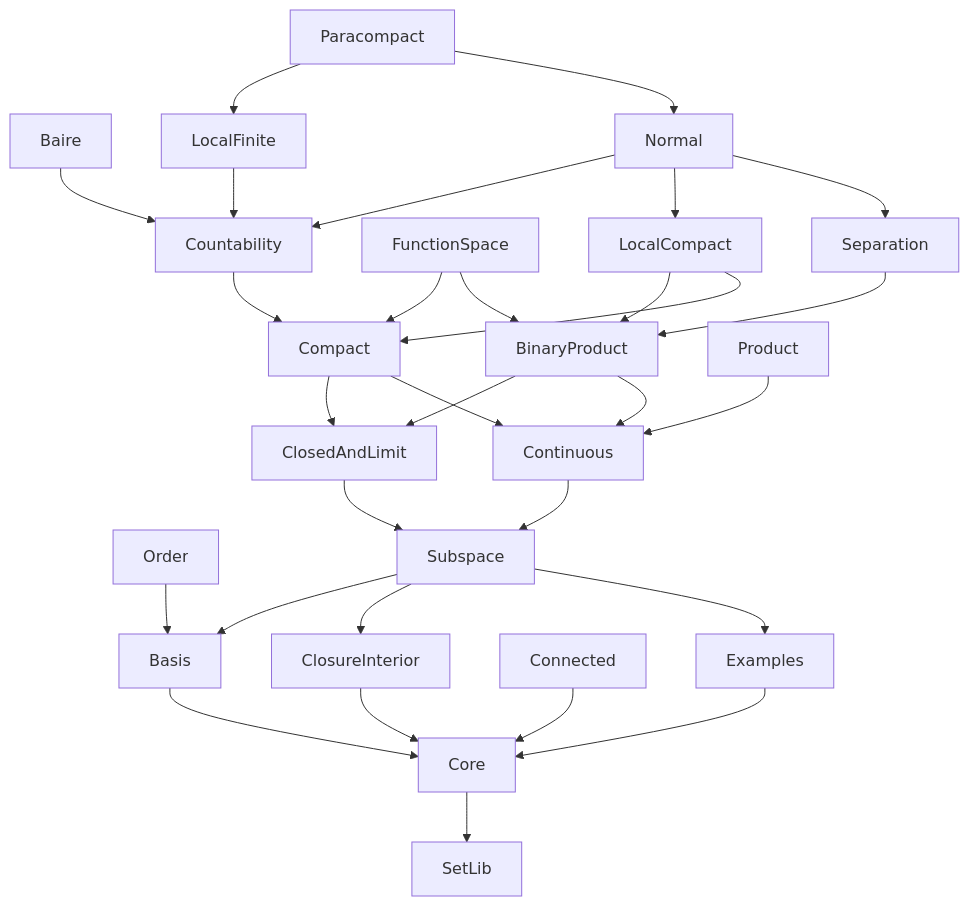
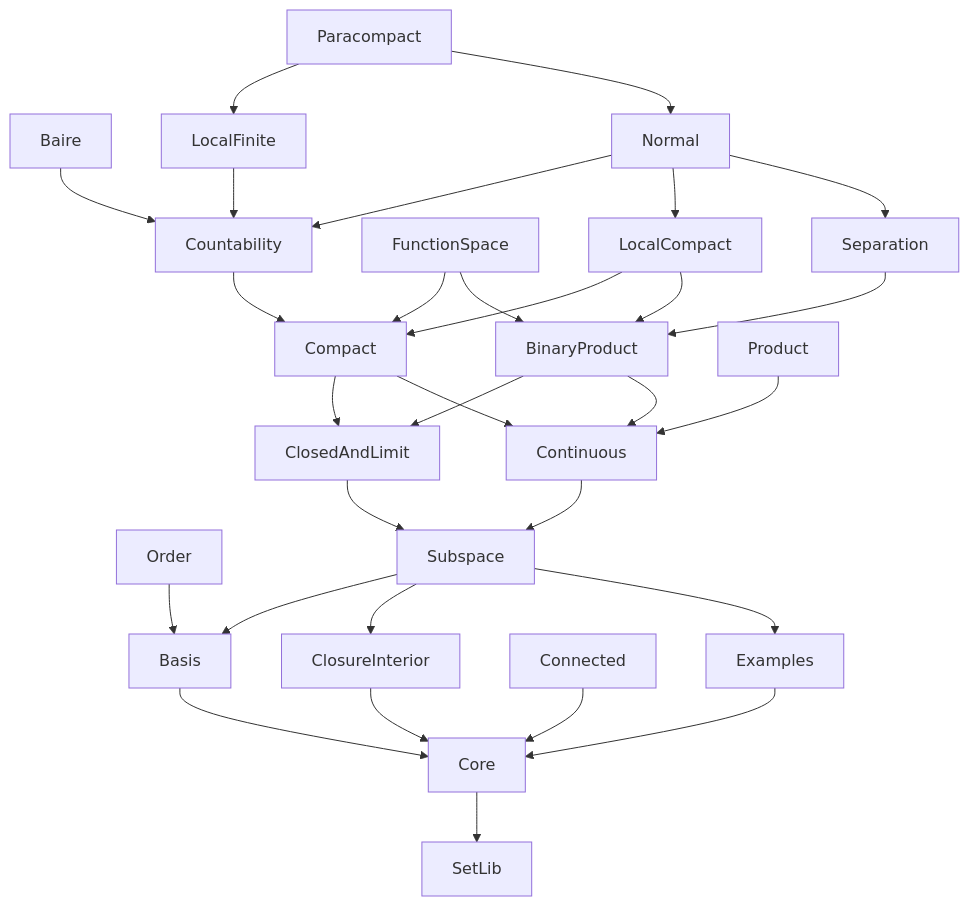
The diagram in DEPENDENCIES.md (ldct/mgw-topology), drawn with Mermaid before and after one commit. The commit also changed other lines of this file, not shown here.

Commit message:
Swap order of LocalCompact dependencies in DEPENDENCIES.md

````diff
--- a/DEPENDENCIES.md
+++ b/DEPENDENCIES.md
@@ -12,76 +12,76 @@
 ```mermaid
 graph TD
     Baire[Baire]
     Basis[Basis]
     BinaryProduct[BinaryProduct]
     ClosedAndLimit[ClosedAndLimit]
     ClosureInterior[ClosureInterior]
     Compact[Compact]
     Connected[Connected]
     Continuous[Continuous]
     Core[Core]
     Countability[Countability]
     Examples[Examples]
     FunctionSpace[FunctionSpace]
     LocalCompact[LocalCompact]
     LocalFinite[LocalFinite]
     Normal[Normal]
     Order[Order]
     Paracompact[Paracompact]
     Product[Product]
     Separation[Separation]
     SetLib[SetLib]
     Subspace[Subspace]
 
     Baire --> Countability
     Basis --> Core
     BinaryProduct --> ClosedAndLimit
     BinaryProduct --> Continuous
     ClosedAndLimit --> Subspace
     ClosureInterior --> Core
     Compact --> ClosedAndLimit
     Compact --> Continuous
     Connected --> Core
     Continuous --> Subspace
     Core --> SetLib
     Countability --> Compact
     Examples --> Core
     FunctionSpace --> Compact
     FunctionSpace --> BinaryProduct
+    LocalCompact --> Compact
     LocalCompact --> BinaryProduct
-    LocalCompact --> Compact
     LocalFinite --> Countability
     Normal --> Countability
     Normal --> LocalCompact
     Normal --> Separation
     Order --> Basis
     Paracompact --> LocalFinite
     Paracompact --> Normal
     Product --> Continuous
     Separation --> BinaryProduct
     Subspace --> Basis
     Subspace --> ClosureInterior
     Subspace --> Examples
 
     click Baire "https://github.com/ldct/mgw-topology/blob/main/MgwTopology/Baire.lean"
     click Basis "https://github.com/ldct/mgw-topology/blob/main/MgwTopology/Basis.lean"
     click BinaryProduct "https://github.com/ldct/mgw-topology/blob/main/MgwTopology/BinaryProduct.lean"
     click ClosedAndLimit "https://github.com/ldct/mgw-topology/blob/main/MgwTopology/ClosedAndLimit.lean"
     click ClosureInterior "https://github.com/ldct/mgw-topology/blob/main/MgwTopology/ClosureInterior.lean"
     click Compact "https://github.com/ldct/mgw-topology/blob/main/MgwTopology/Compact.lean"
     click Connected "https://github.com/ldct/mgw-topology/blob/main/MgwTopology/Connected.lean"
     click Continuous "https://github.com/ldct/mgw-topology/blob/main/MgwTopology/Continuous.lean"
     click Core "https://github.com/ldct/mgw-topology/blob/main/MgwTopology/Core.lean"
     click Countability "https://github.com/ldct/mgw-topology/blob/main/MgwTopology/Countability.lean"
     click Examples "https://github.com/ldct/mgw-topology/blob/main/MgwTopology/Examples.lean"
     click FunctionSpace "https://github.com/ldct/mgw-topology/blob/main/MgwTopology/FunctionSpace.lean"
     click LocalCompact "https://github.com/ldct/mgw-topology/blob/main/MgwTopology/LocalCompact.lean"
     click LocalFinite "https://github.com/ldct/mgw-topology/blob/main/MgwTopology/LocalFinite.lean"
     click Normal "https://github.com/ldct/mgw-topology/blob/main/MgwTopology/Normal.lean"
     click Order "https://github.com/ldct/mgw-topology/blob/main/MgwTopology/Order.lean"
     click Paracompact "https://github.com/ldct/mgw-topology/blob/main/MgwTopology/Paracompact.lean"
     click Product "https://github.com/ldct/mgw-topology/blob/main/MgwTopology/Product.lean"
     click Separation "https://github.com/ldct/mgw-topology/blob/main/MgwTopology/Separation.lean"
     click SetLib "https://github.com/ldct/mgw-topology/blob/main/MgwTopology/SetLib.lean"
     click Subspace "https://github.com/ldct/mgw-topology/blob/main/MgwTopology/Subspace.lean"
 ```
````
